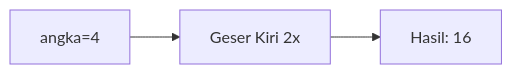
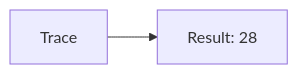
Before and after one commit to amnahwaida/OSNK_INF_PREP: the seventh of 25 diagrams in part-c-pemahaman-cpp/06-bitwise/latihan/set-11.md, drawn with Mermaid. The commit also changed other lines of this file and 71 other files, not shown here.

````diff
--- a/part-c-pemahaman-cpp/06-bitwise/latihan/set-11.md
+++ b/part-c-pemahaman-cpp/06-bitwise/latihan/set-11.md
@@ -215,5 +148,4 @@
 ```mermaid
 graph LR
-A["angka=4"] --> B["Geser Kiri 2x"]
-B --> C["Hasil: 16"]
+A[Trace] --> B[Result: 28]
 ```
````
